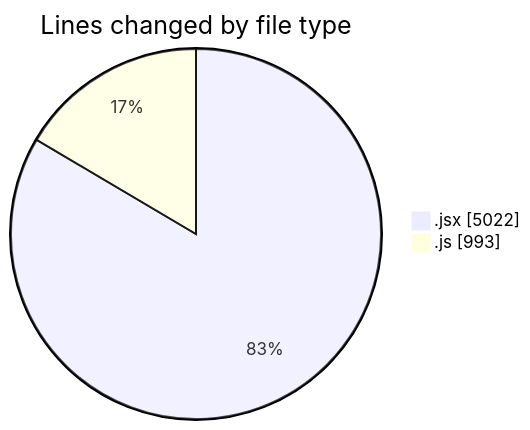
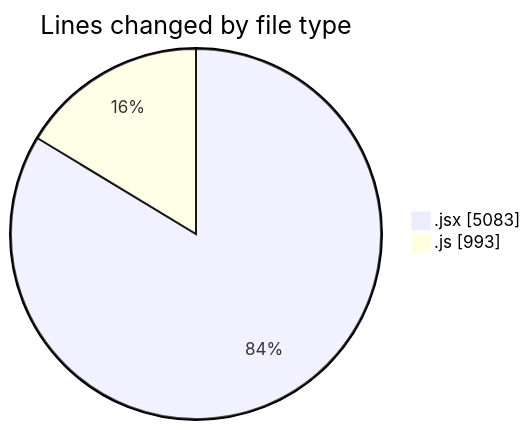
The first of 2 diagrams in 2025-07-21/nxtqube_webapp/README.md (nxtqubesakshisongat/code-tracking), drawn with Mermaid before and after one commit. The commit also changed other lines of this file and 1 other file, not shown here.

````diff
--- a/2025-07-21/nxtqube_webapp/README.md
+++ b/2025-07-21/nxtqube_webapp/README.md
@@ -28,6 +28,6 @@
 ```mermaid
 pie showData
 title Lines changed by file type
-".jsx" : 5022
+".jsx" : 5083
 ".js" : 993
 ```
````
